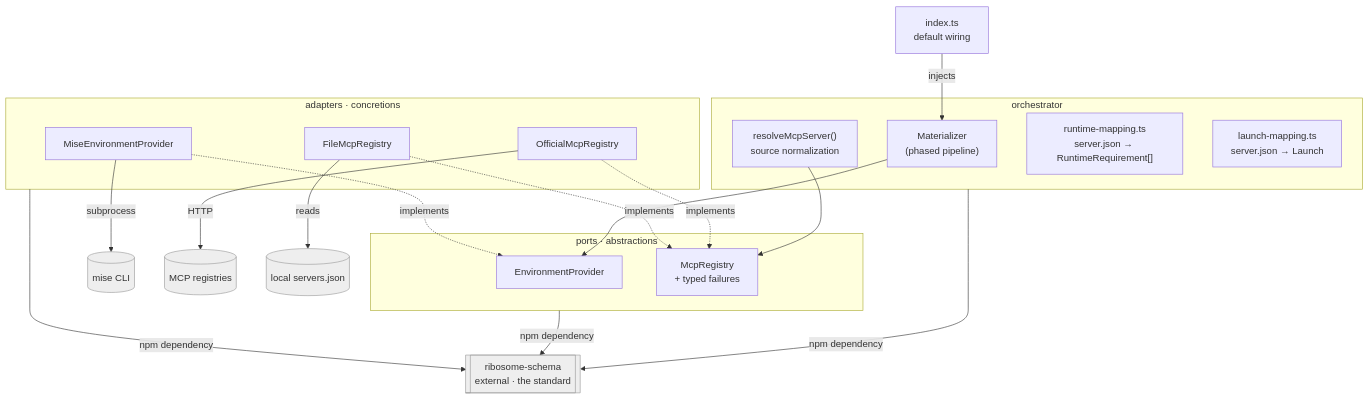
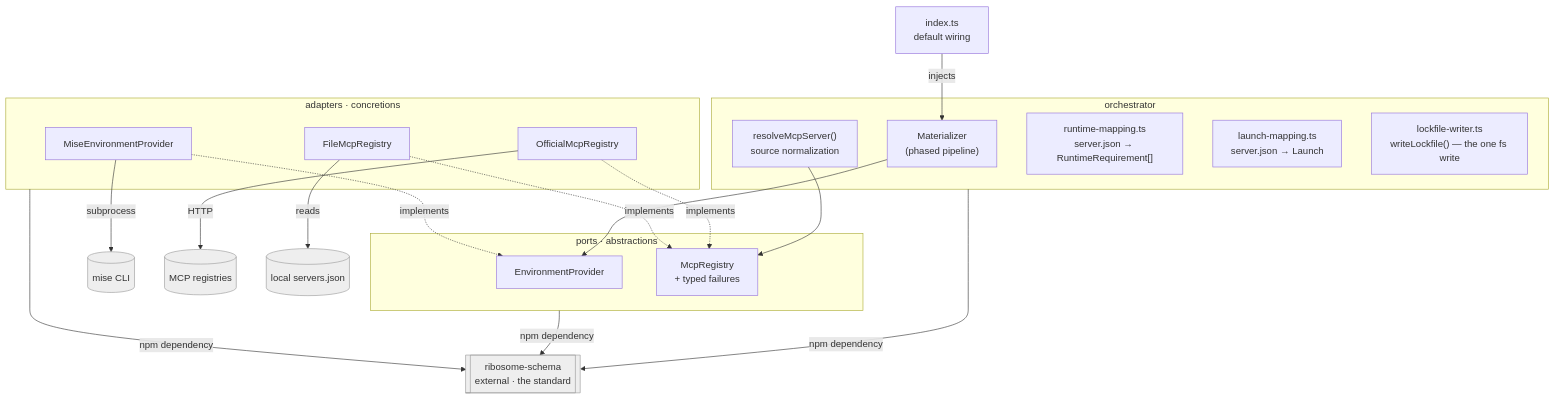
One commit to medullaflow/ribosome changed the second of 3 diagrams in docs/ARCHITECTURE.md. Above: the diagram before and after it, drawn with Mermaid. The commit also changed other lines of this file and 3 other files, not shown here.

````diff
--- a/docs/ARCHITECTURE.md
+++ b/docs/ARCHITECTURE.md
@@ -62,39 +62,40 @@
 ```mermaid
 flowchart TD
     IDX["index.ts<br/>default wiring"]
     subgraph ORCH["orchestrator"]
       MAT["Materializer<br/>(phased pipeline)"]
       RESOLVE["resolveMcpServer()<br/>source normalization"]
       RTMAP["runtime-mapping.ts<br/>server.json → RuntimeRequirement[]"]
       LAUNCH["launch-mapping.ts<br/>server.json → Launch"]
+      WRITE["lockfile-writer.ts<br/>writeLockfile() — the one fs write"]
     end
     subgraph PORTS["ports · abstractions"]
       EP["EnvironmentProvider"]
       MR["McpRegistry<br/>+ typed failures"]
     end
     subgraph ADAPT["adapters · concretions"]
       MISEA["MiseEnvironmentProvider"]
       REGA["OfficialMcpRegistry"]
       FILEA["FileMcpRegistry"]
     end
     SCHEMA[["ribosome-schema<br/>external · the standard"]]
     MISECLI[("mise CLI")]
     REGAPI[("MCP registries")]
     LOCALFILE[("local servers.json")]
 
     IDX -->|injects| MAT
     MAT --> EP
     RESOLVE --> MR
     MISEA -. implements .-> EP
     REGA -. implements .-> MR
     FILEA -. implements .-> MR
     MISEA -->|subprocess| MISECLI
     REGA -->|HTTP| REGAPI
     FILEA -->|reads| LOCALFILE
     ORCH -->|npm dependency| SCHEMA
     PORTS -->|npm dependency| SCHEMA
     ADAPT -->|npm dependency| SCHEMA
 
     classDef ext fill:#eee,stroke:#999,color:#333;
     class SCHEMA,MISECLI,REGAPI,LOCALFILE ext;
 ```
````
